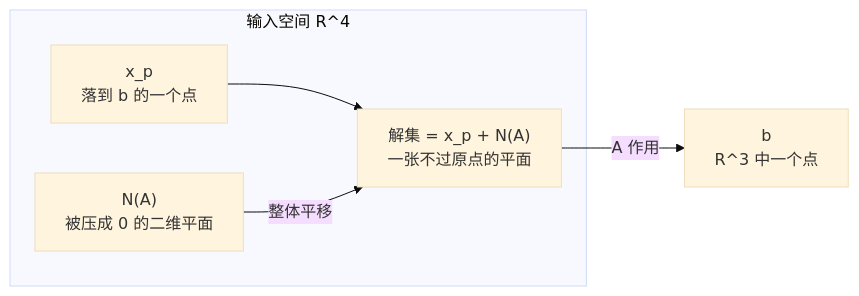
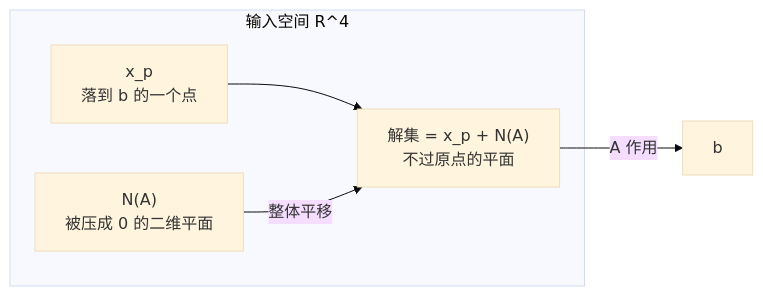
The diagram in Math/Linear Algebra/学习笔记/L8 求解Ax=b.md (Korotomx/STD), drawn with Mermaid (base theme) before and after one commit. The commit also changed other lines of this file and 173 other files, not shown here.

````diff
--- a/Math/Linear Algebra/学习笔记/L8 求解Ax=b.md
+++ b/Math/Linear Algebra/学习笔记/L8 求解Ax=b.md
@@ -199,11 +97,11 @@
 ```mermaid
 flowchart LR
     subgraph R4["输入空间 R^4"]
         XP["x_p<br/>落到 b 的一个点"]
         N["N(A)<br/>被压成 0 的二维平面"]
-        SOL["解集 = x_p + N(A)<br/>一张不过原点的平面"]
+        SOL["解集 = x_p + N(A)<br/>不过原点的平面"]
     end
     XP --> SOL
     N -->|"整体平移"| SOL
-    SOL -->|"A 作用"| B["b<br/>R^3 中一个点"]
+    SOL -->|"A 作用"| B["b"]
 ```
````
